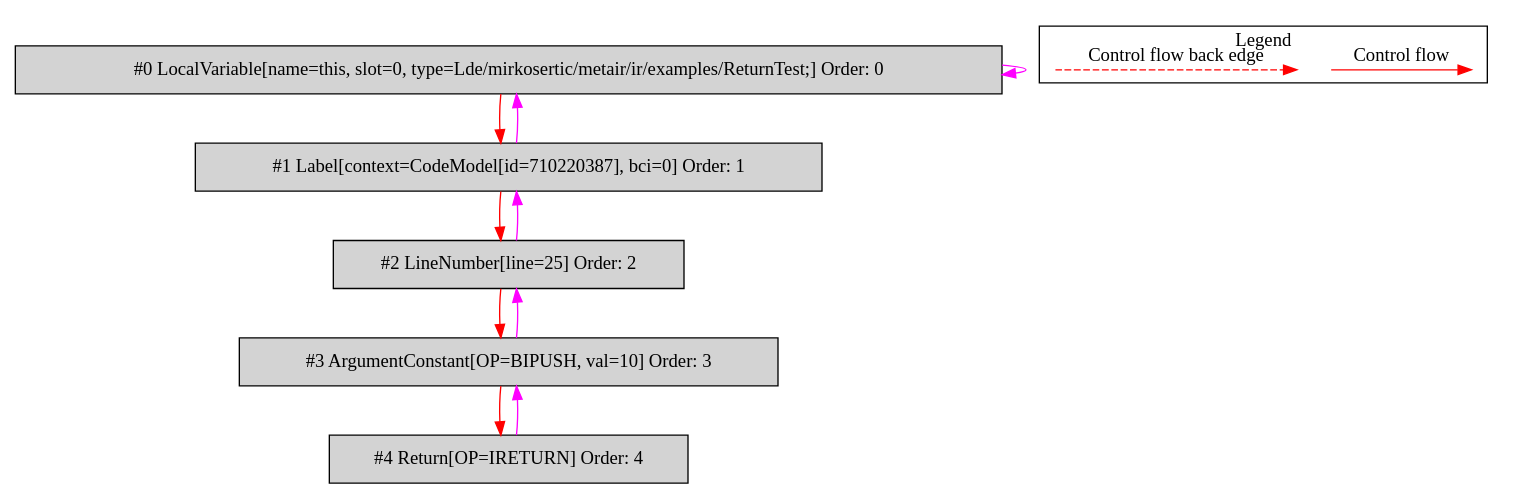
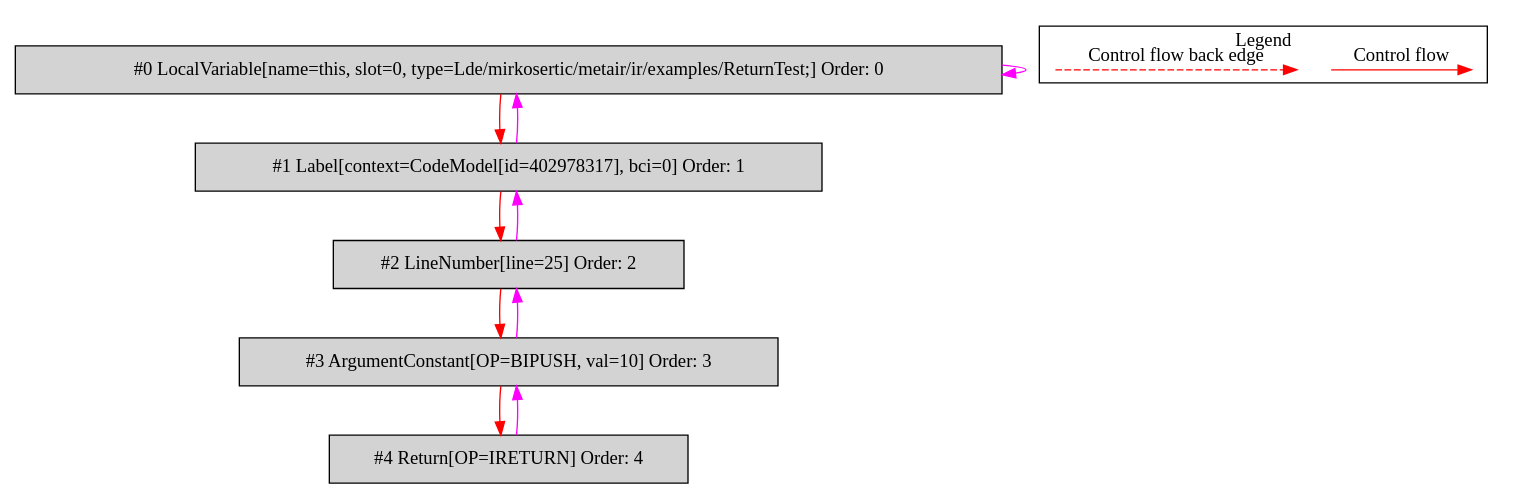
The diagram in de.mirkosertic.metair.ir.examples.ReturnTest/returnInt/bytecodecfg.dot (mirkosertic/MetaIR), drawn with Graphviz before and after one commit. The commit also changed 488 other files, not shown here.

```diff
--- a/de.mirkosertic.metair.ir.examples.ReturnTest/returnInt/bytecodecfg.dot
+++ b/de.mirkosertic.metair.ir.examples.ReturnTest/returnInt/bytecodecfg.dot
@@ -1,31 +1,31 @@
 digraph {
  ordering="in";
  node0[label="#0 LocalVariable[name=this, slot=0, type=Lde/mirkosertic/metair/ir/examples/ReturnTest;] Order: 0", shape=box, fillcolor=lightgrey, style=filled];
- node1[label="#1 Label[context=CodeModel[id=710220387], bci=0] Order: 1", shape=box, fillcolor=lightgrey, style=filled];
+ node1[label="#1 Label[context=CodeModel[id=402978317], bci=0] Order: 1", shape=box, fillcolor=lightgrey, style=filled];
  node2[label="#2 LineNumber[line=25] Order: 2", shape=box, fillcolor=lightgrey, style=filled];
  node3[label="#3 ArgumentConstant[OP=BIPUSH, val=10] Order: 3", shape=box, fillcolor=lightgrey, style=filled];
  node4[label="#4 Return[OP=IRETURN] Order: 4", shape=box, fillcolor=lightgrey, style=filled];
  node0 -> node0[color=fuchsia];
  node0 -> node1[color=red];
  node1 -> node0[color=fuchsia];
  node1 -> node2[color=red];
  node2 -> node1[color=fuchsia];
  node2 -> node3[color=red];
  node3 -> node2[color=fuchsia];
  node3 -> node4[color=red];
  node4 -> node3[color=fuchsia];
  subgraph cluster_000 {
   label = "Legend";
   node [shape=point]
   {
    rank=same;
    c0 [style = invis];
    c1 [style = invis];
    c2 [style = invis];
    c3 [style = invis];
   }
   c0 -> c1 [label="Control flow", style=solid, color=red]
   c2 -> c3 [label="Control flow back edge", style=dashed, color=red]
  }
 
 }
```
